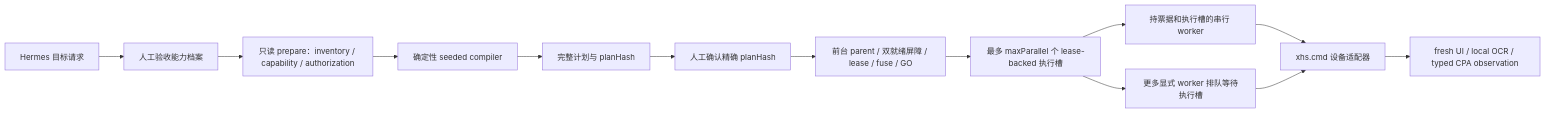
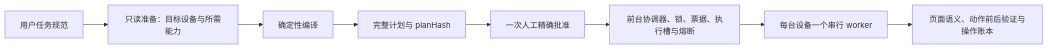
The diagram in docs/ARCHITECTURE.md (gifted-professor/xhs-device-agent), drawn with Mermaid before and after one commit. The commit also changed other lines of this file and 45 other files, not shown here.

````diff
--- a/docs/ARCHITECTURE.md
+++ b/docs/ARCHITECTURE.md
@@ -26,15 +37,10 @@
 ```mermaid
 flowchart LR
-    H["Hermes 目标请求"] --> CA["人工验收能力档案"]
-    CA --> PR["只读 prepare：inventory / capability / authorization"]
-    PR --> C["确定性 seeded compiler"]
+    U["用户任务规范"] --> P["只读准备：目标设备与所需能力"]
+    P --> C["确定性编译"]
     C --> R["完整计划与 planHash"]
-    R --> A["人工确认精确 planHash"]
-    A --> P["前台 parent / 双就绪屏障 / lease / fuse / GO"]
-    P --> S["最多 maxParallel 个 lease-backed 执行槽"]
-    S --> W1["持票据和执行槽的串行 worker"]
-    S --> W2["更多显式 worker 排队等待执行槽"]
-    W1 --> X["xhs.cmd 设备适配器"]
-    W2 --> X
-    X --> O["fresh UI / local OCR / typed CPA observation"]
+    R --> A["一次人工精确批准"]
+    A --> O["前台协调器、锁、票据、执行槽与熔断"]
+    O --> W["每台设备一个串行 worker"]
+    W --> E["页面语义、动作前后验证与操作账本"]
 ```
````
